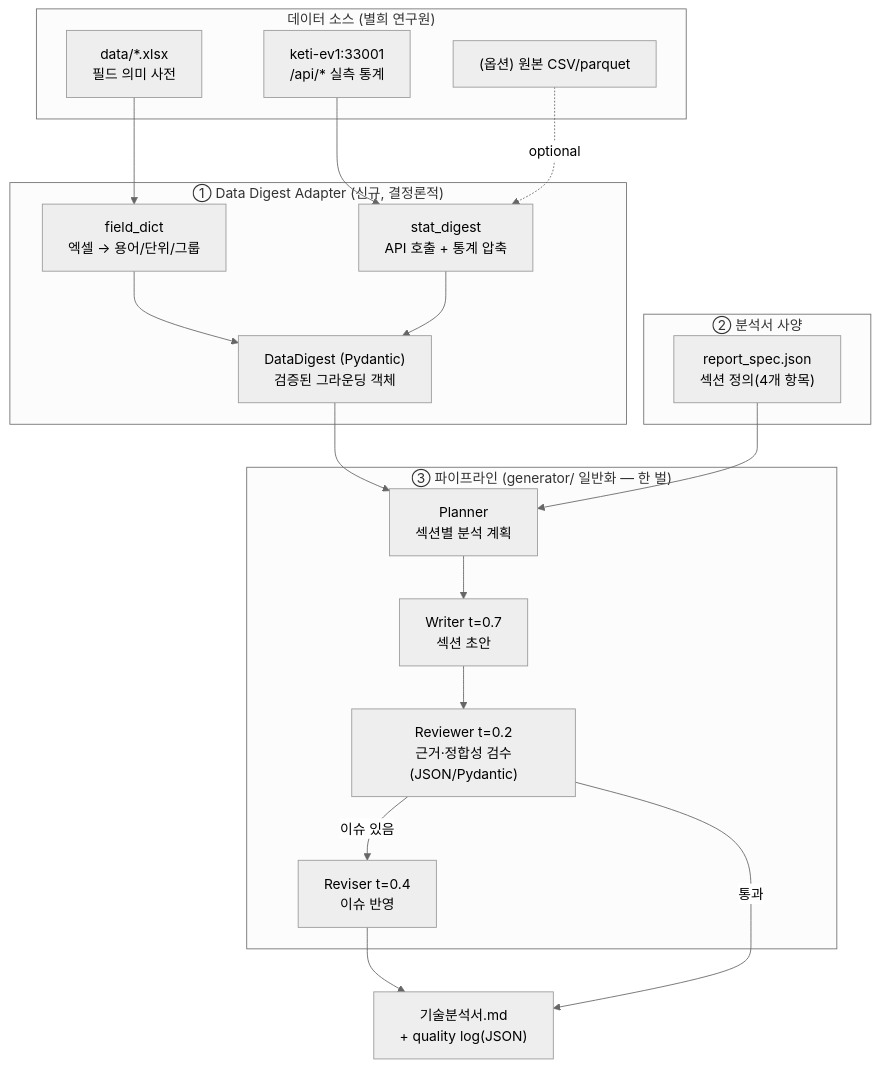
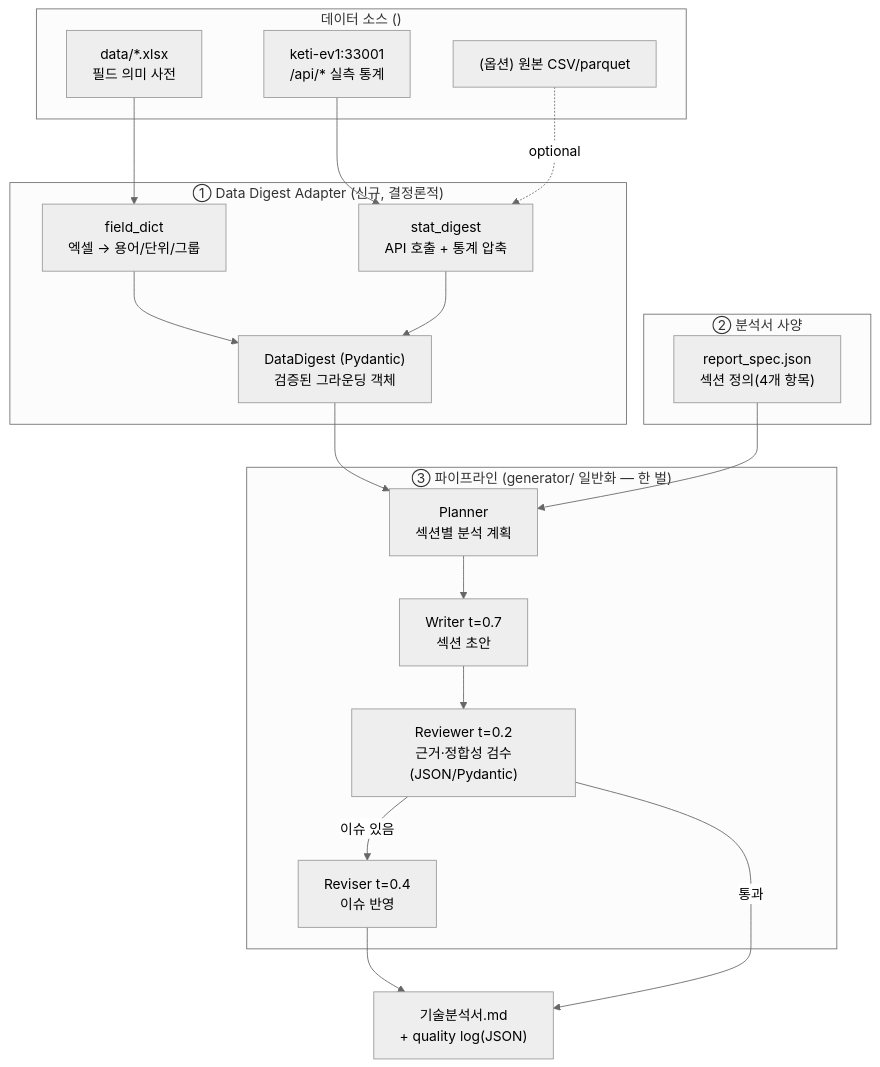
Before and after one commit to sayoon01/ai-books: the second of 2 diagrams in MOLD_DX_AGENT_DESIGN.md, drawn with Mermaid (neutral theme). The commit also changed other lines of this file, not shown here.

````diff
--- a/MOLD_DX_AGENT_DESIGN.md
+++ b/MOLD_DX_AGENT_DESIGN.md
@@ -138,37 +138,37 @@
 ```mermaid
 flowchart TD
-    subgraph SRC["데이터 소스 (별희 연구원)"]
+    subgraph SRC["데이터 소스 ()"]
         XLS["data/*.xlsx\n필드 의미 사전"]
         API["keti-ev1:33001\n/api/* 실측 통계"]
         RAW["(옵션) 원본 CSV/parquet"]
     end
 
     subgraph ADP["① Data Digest Adapter (신규, 결정론적)"]
         FIELDS["field_dict\n엑셀 → 용어/단위/그룹"]
         STATS["stat_digest\nAPI 호출 + 통계 압축"]
         DIGEST["DataDigest (Pydantic)\n검증된 그라운딩 객체"]
     end
 
     subgraph SPEC["② 분석서 사양"]
         REPORT_TOC["report_spec.json\n섹션 정의(4개 항목)"]
     end
 
     subgraph PIPE["③ 파이프라인 (generator/ 일반화 — 한 벌)"]
         PLAN["Planner\n섹션별 분석 계획"]
         WRITE["Writer t=0.7\n섹션 초안"]
         REVIEW["Reviewer t=0.2\n근거·정합성 검수(JSON/Pydantic)"]
         REVISE["Reviser t=0.4\n이슈 반영"]
     end
 
     OUT["기술분석서.md\n+ quality log(JSON)"]
 
     XLS --> FIELDS
     API --> STATS
     RAW -.optional.-> STATS
     FIELDS & STATS --> DIGEST
     DIGEST --> PLAN
     REPORT_TOC --> PLAN
     PLAN --> WRITE --> REVIEW
     REVIEW -->|이슈 있음| REVISE --> OUT
     REVIEW -->|통과| OUT
 ```
````
